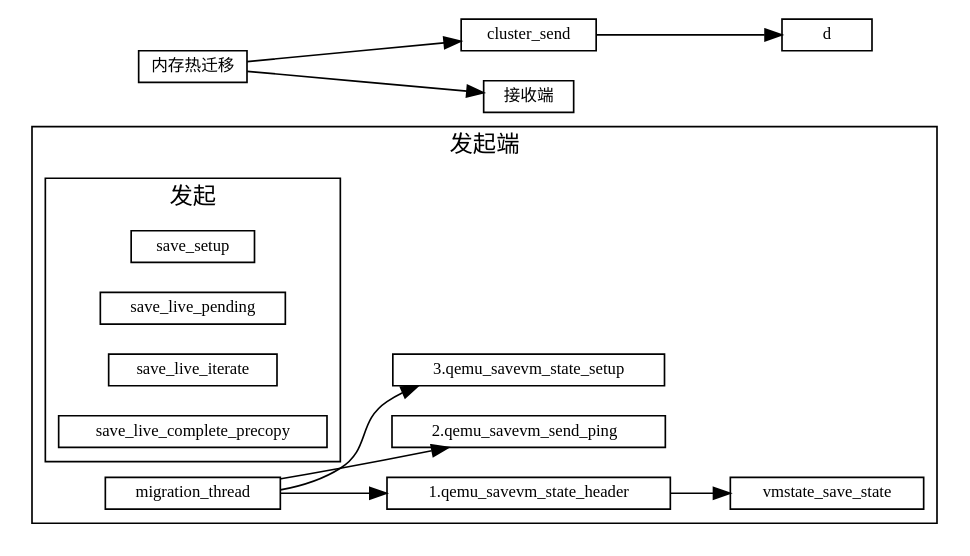
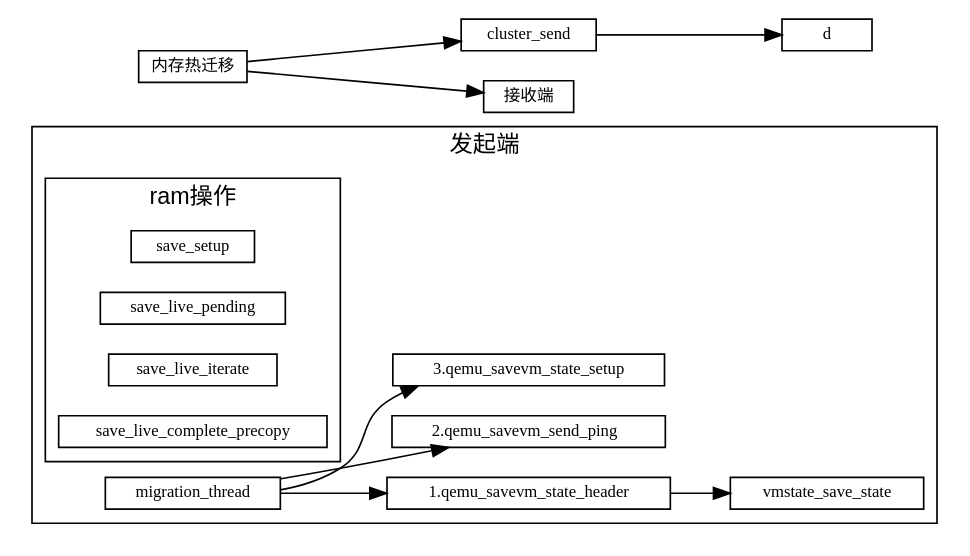
Before and after one commit to sisyphus1212/note: the diagram in 虚拟化/热迁移/1-内存热迁移.md, drawn with Graphviz.

Commit message:
auto_update

````diff
--- a/虚拟化/热迁移/1-内存热迁移.md
+++ b/虚拟化/热迁移/1-内存热迁移.md
@@ -11,32 +11,32 @@
 ```graphviz
 digraph 热迁移 {
 fontname="Helvetica,Arial,sans-serif"
 //node [fontname="Helvetica,Arial,sans-serif"]
 //edge [fontname="Helvetica,Arial,sans-serif"]
 rankdir="LR"
 node [fontsize=10, shape=box, height=0.25]
 edge [fontsize=10]
 
   subgraph send {
     cluster=true;
     label="发起端";
     migration_thread -> "1.qemu_savevm_state_header" -> vmstate_save_state;
     migration_thread -> "2.qemu_savevm_send_ping  ";
     migration_thread -> "3.qemu_savevm_state_setup";
     subgraph ram_opts {
       cluster=true;
-      label="发起";
+      label="ram操作";
       save_setup
       save_live_pending
       save_live_iterate
       save_live_complete_precopy
     }
   }
 
 内存热迁移 [label="内存热迁移"]
 内存热迁移 -> cluster_send
            -> d
 
 内存热迁移 -> 接收端
 }
 ```
````
